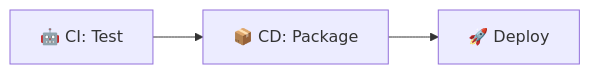
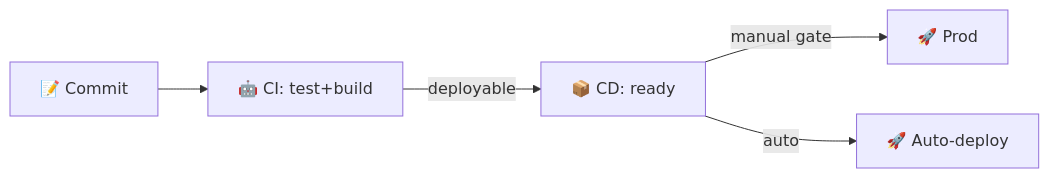
One commit to inno-devops-labs/DevOps-Core-Course changed the third of 7 diagrams in lectures/lec3.md. Above: the diagram before and after it, drawn with Mermaid. The commit also changed other lines of this file and 24 other files, not shown here.

````diff
--- a/lectures/lec3.md
+++ b/lectures/lec3.md
@@ -175,5 +116,7 @@
 ```mermaid
 flowchart LR
-  CI[🤖 CI: Test] --> CD[📦 CD: Package]
-  CD --> Deploy[🚀 Deploy]
+  Commit[📝 Commit] --> CI[🤖 CI: test+build]
+  CI -->|deployable| CDel[📦 CD: ready]
+  CDel -->|manual gate| Prod1[🚀 Prod]
+  CDel -->|auto| Prod2[🚀 Auto-deploy]
 ```
````
